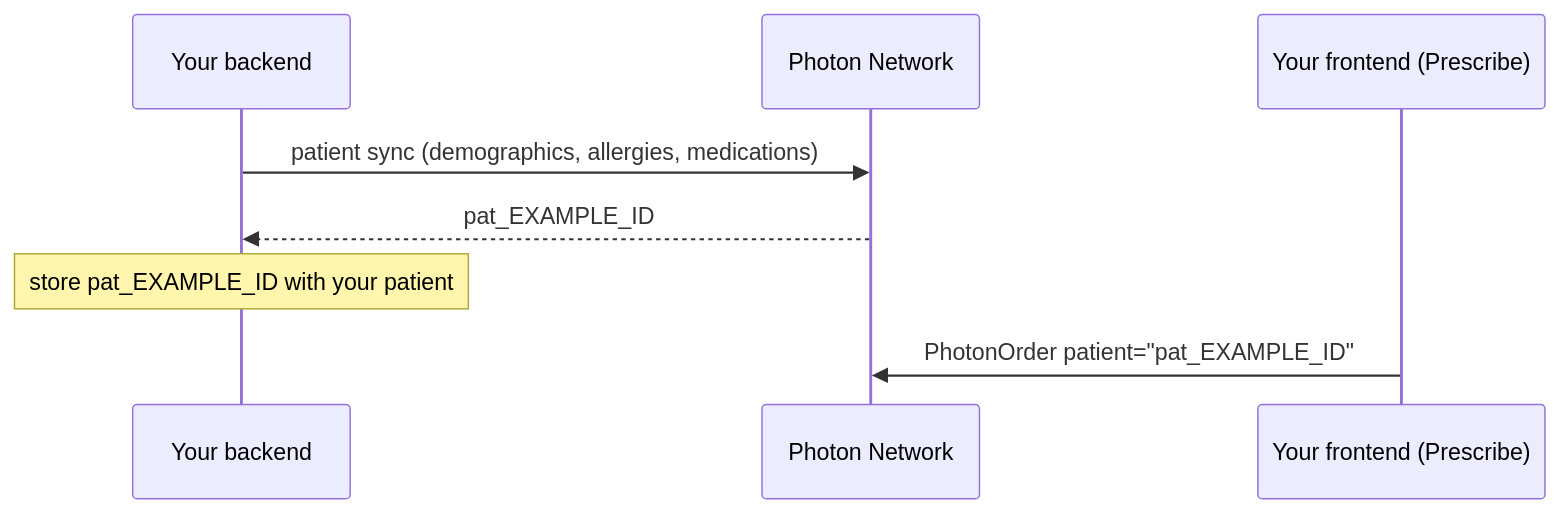
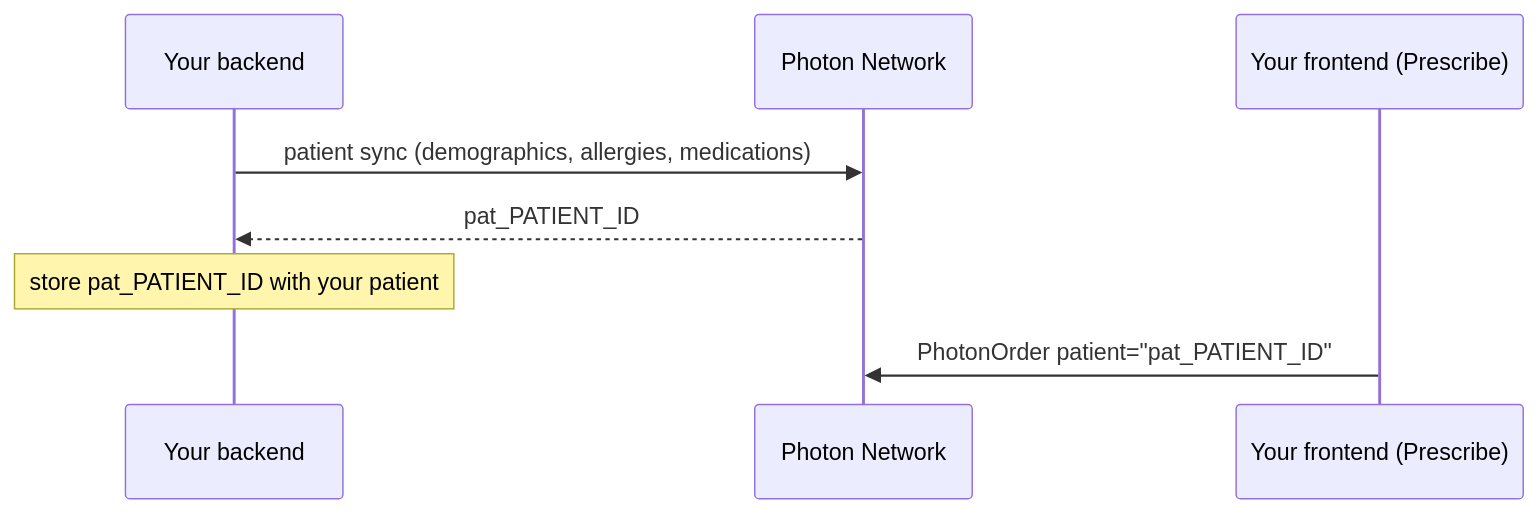
One commit to Photon-Health/docs changed the diagram in integrations/sync-patients.mdx. Above: the diagram before and after it, drawn with Mermaid. The commit also changed other lines of this file and 27 other files, not shown here.

````diff
--- a/integrations/sync-patients.mdx
+++ b/integrations/sync-patients.mdx
@@ -12,10 +12,10 @@
 ```mermaid
 sequenceDiagram
   participant B as Your backend
   participant N as Photon Network
   participant F as Your frontend (Prescribe)
   B->>N: patient sync (demographics, allergies, medications)
-  N-->>B: pat_EXAMPLE_ID
-  Note over B: store pat_EXAMPLE_ID with your patient
-  F->>N: PhotonOrder patient="pat_EXAMPLE_ID"
+  N-->>B: pat_PATIENT_ID
+  Note over B: store pat_PATIENT_ID with your patient
+  F->>N: PhotonOrder patient="pat_PATIENT_ID"
 ```
````
